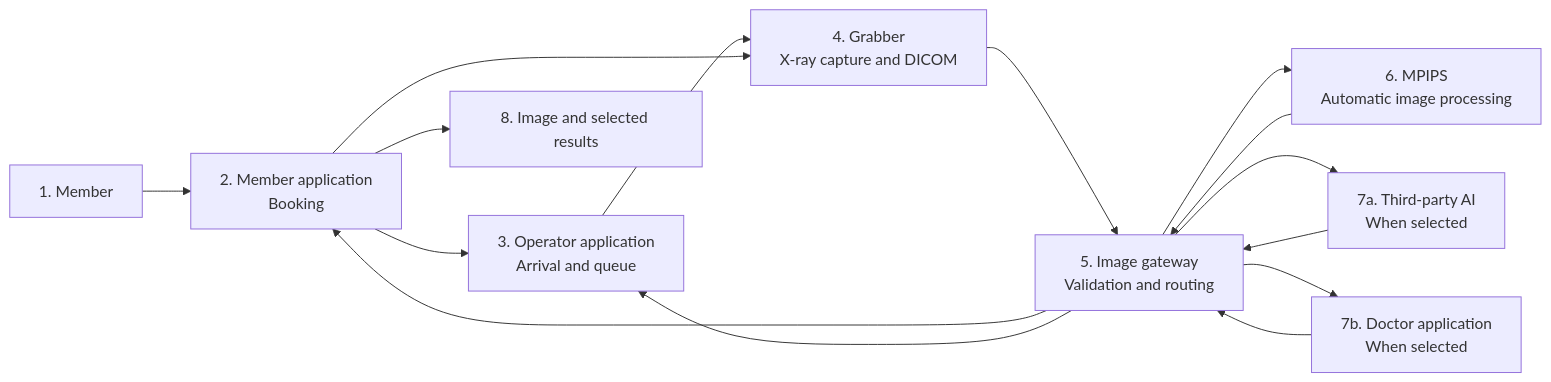
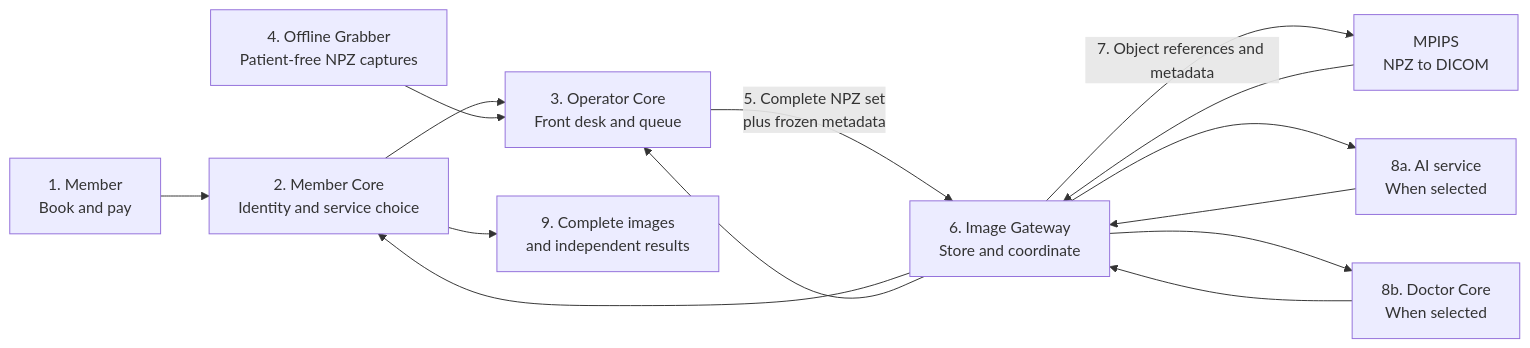
One commit to Madeena-software/mhcs-business-docs changed the second of 2 diagrams in docs/02-member-journey.md. Above: the diagram before and after it, drawn with Mermaid. The commit also changed other lines of this file and 10 other files, not shown here.

````diff
--- a/docs/02-member-journey.md
+++ b/docs/02-member-journey.md
@@ -54,17 +47,16 @@
 ```mermaid
 flowchart LR
-    Member[1. Member] --> MC[2. Member application<br/>Booking]
-    MC --> OC[3. Operator application<br/>Arrival and queue]
-    OC --> Grabber[4. Grabber<br/>X-ray capture and DICOM]
-    MC --> Grabber
-    Grabber --> Gateway[5. Image gateway<br/>Validation and routing]
-    Gateway --> MPIPS[6. MPIPS<br/>Automatic image processing]
+    Member[1. Member<br/>Book and pay] --> MC[2. Member Core<br/>Identity and service choice]
+    MC --> OC[3. Operator Core<br/>Front desk and queue]
+    Grabber[4. Offline Grabber<br/>Patient-free NPZ captures] --> OC
+    OC -->|5. Complete NPZ set<br/>plus frozen metadata| Gateway[6. Image Gateway<br/>Store and coordinate]
+    Gateway -->|7. Object references and metadata| MPIPS[MPIPS<br/>NPZ to DICOM]
     MPIPS --> Gateway
-    Gateway --> AI[7a. Third-party AI<br/>When selected]
-    Gateway --> DC[7b. Doctor application<br/>When selected]
+    Gateway --> AI[8a. AI service<br/>When selected]
+    Gateway --> DC[8b. Doctor Core<br/>When selected]
     AI --> Gateway
     DC --> Gateway
     Gateway --> MC
     Gateway --> OC
-    MC --> Result[8. Image and selected results]
+    MC --> Result[9. Complete images<br/>and independent results]
 ```
````
